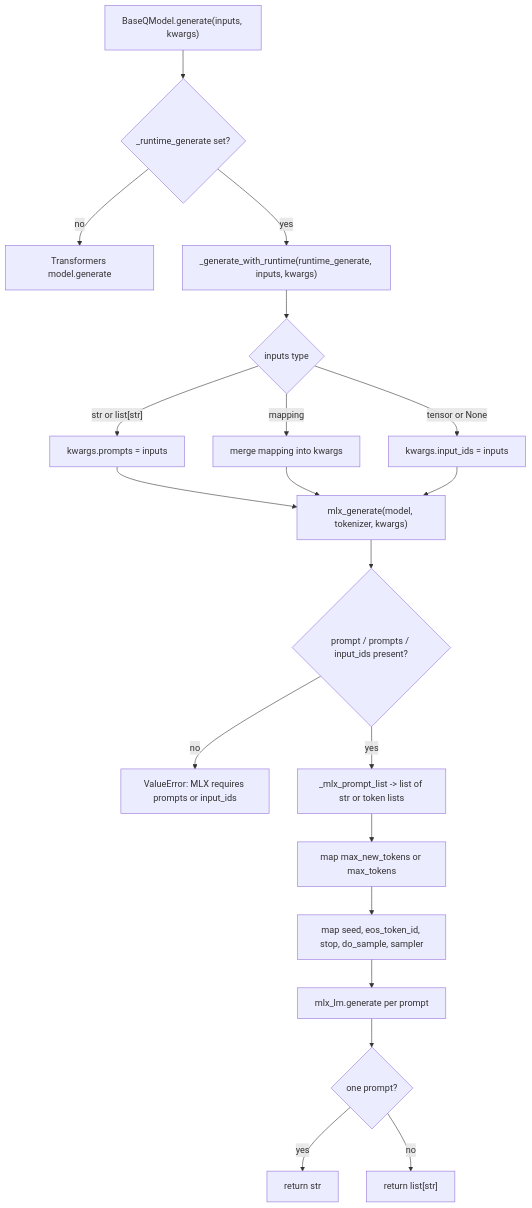
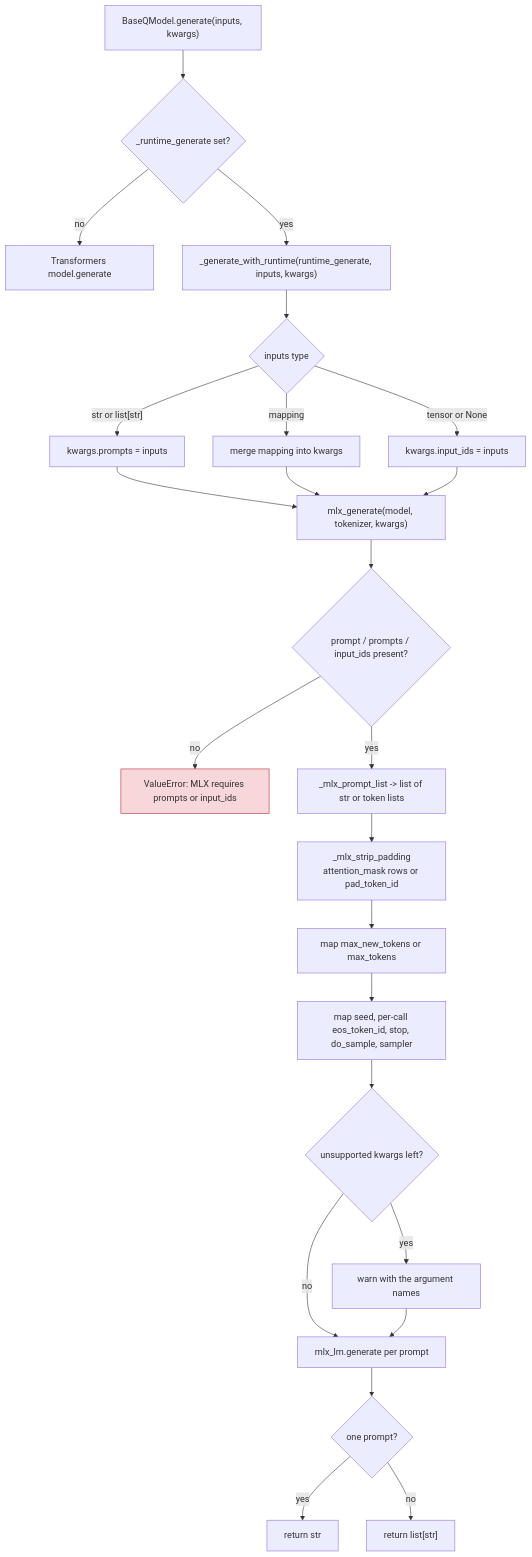
Before and after one commit to ModelCloud/GPTQModel: the first of 2 diagrams in docs/mlx-runtime.md, drawn with Mermaid. The commit also changed other lines of this file and 3 other files, not shown here.

First line of the commit message:
fix(mlx): honor attention masks, scope EOS, stock-compatible export (#4091)

````diff
--- a/docs/mlx-runtime.md
+++ b/docs/mlx-runtime.md
@@ -23,22 +23,27 @@
 ```mermaid
 flowchart TD
     A["BaseQModel.generate(inputs, kwargs)"] --> B{"_runtime_generate set?"}
     B -- no --> C["Transformers model.generate"]
     B -- yes --> D["_generate_with_runtime(runtime_generate, inputs, kwargs)"]
     D --> E{"inputs type"}
     E -- "str or list[str]" --> F["kwargs.prompts = inputs"]
     E -- "mapping" --> G["merge mapping into kwargs"]
     E -- "tensor or None" --> H["kwargs.input_ids = inputs"]
     F --> I["mlx_generate(model, tokenizer, kwargs)"]
     G --> I
     H --> I
     I --> J{"prompt / prompts / input_ids present?"}
     J -- no --> K["ValueError: MLX requires prompts or input_ids"]
     J -- yes --> L["_mlx_prompt_list -> list of str or token lists"]
-    L --> M["map max_new_tokens or max_tokens"]
-    M --> N["map seed, eos_token_id, stop, do_sample, sampler"]
-    N --> O["mlx_lm.generate per prompt"]
+    L --> L2["_mlx_strip_padding<br/>attention_mask rows or pad_token_id"]
+    L2 --> M["map max_new_tokens or max_tokens"]
+    M --> N["map seed, per-call eos_token_id, stop, do_sample, sampler"]
+    N --> N2{"unsupported kwargs left?"}
+    N2 -- yes --> N3["warn with the argument names"]
+    N2 -- no --> O["mlx_lm.generate per prompt"]
+    N3 --> O
     O --> P{"one prompt?"}
     P -- yes --> Q["return str"]
     P -- no --> R["return list[str]"]
+    style K fill:#f8d7da,stroke:#b02a37
 ```
````
